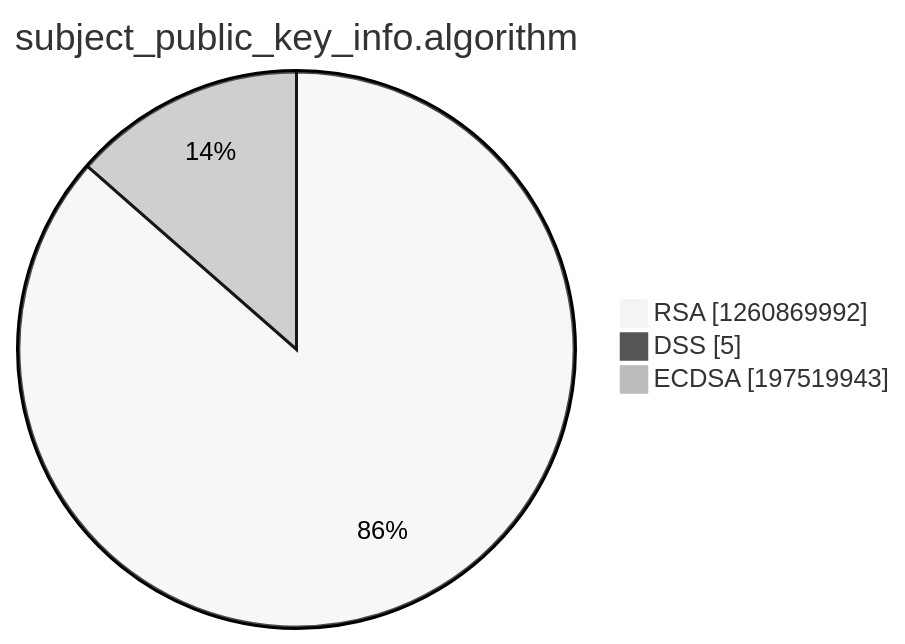
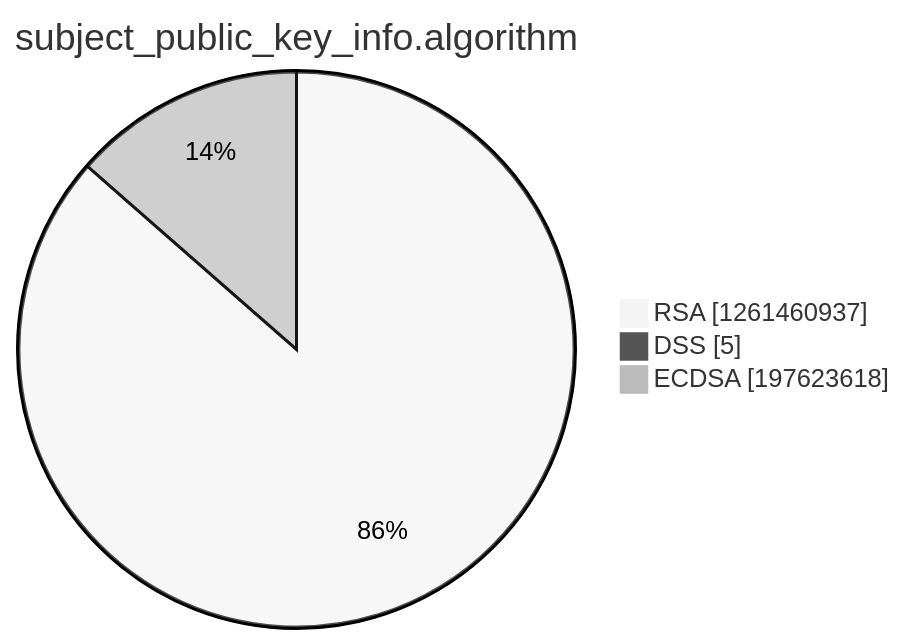
Before and after one commit to christiankrug/ctmonitor_visualization: the third of 15 diagrams in argon2022/README.md, drawn with Mermaid (neutral theme). The commit also changed other lines of this file, not shown here.

````diff
--- a/argon2022/README.md
+++ b/argon2022/README.md
@@ -14,7 +14,7 @@
 ```mermaid
 pie showData
 title subject_public_key_info.algorithm
-"RSA" :1260869992
+"RSA" :1261460937
 "DSS" :5
-"ECDSA" :197519943
+"ECDSA" :197623618
 ```
````
